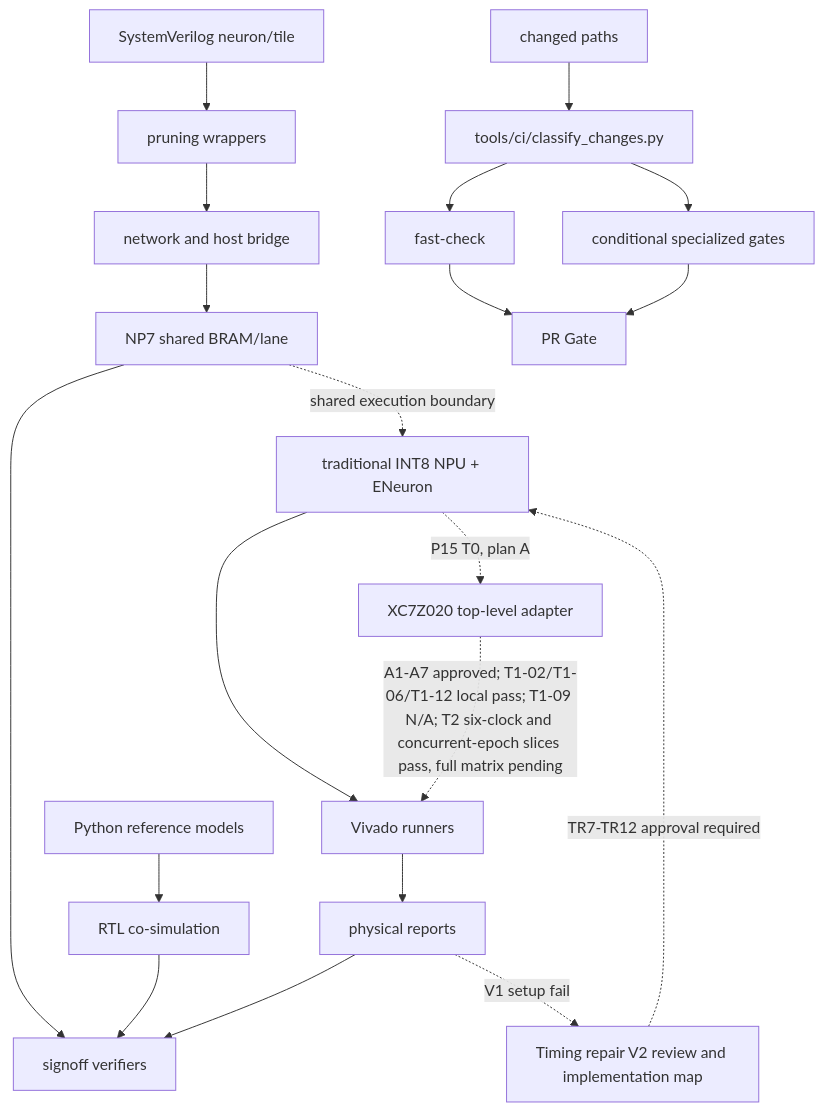
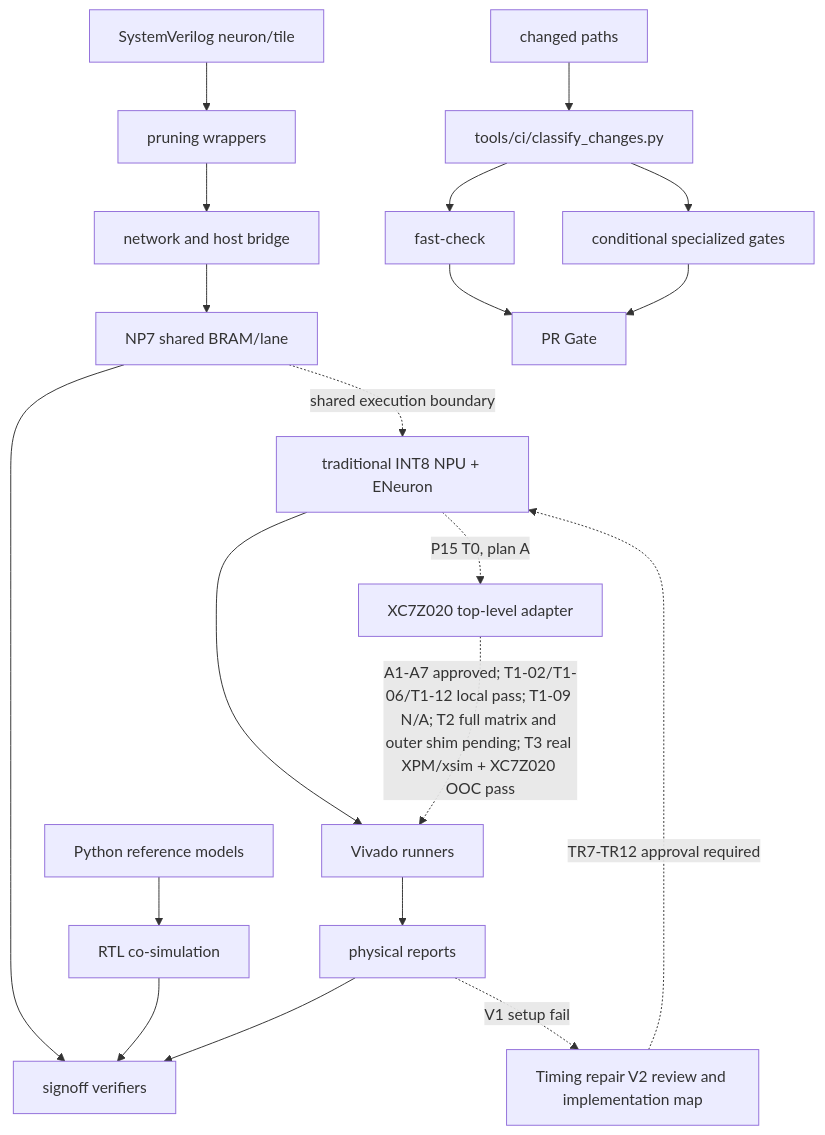
One commit to Epslion404/ENeuron changed the diagram in .nexus-map/arch/dependencies.md. Above: the diagram before and after it, drawn with Mermaid. The commit also changed other lines of this file and 9 other files, not shown here.

````diff
--- a/.nexus-map/arch/dependencies.md
+++ b/.nexus-map/arch/dependencies.md
@@ -7,22 +9,22 @@
 ```mermaid
 graph TD
   ref[Python reference models] --> cosim[RTL co-simulation]
   rtl[SystemVerilog neuron/tile] --> wrap[pruning wrappers]
   wrap --> net[network and host bridge]
   net --> np7[NP7 shared BRAM/lane]
   np7 --> verify[signoff verifiers]
   cosim --> verify[signoff verifiers]
   vivado[Vivado runners] --> reports[physical reports]
   reports --> verify
   reports -. V1 setup fail .-> timing[Timing repair V2 review and implementation map]
   timing -. TR7-TR12 approval required .-> npu
   np7 -. shared execution boundary .-> npu[traditional INT8 NPU + ENeuron]
   npu --> vivado
   npu -. P15 T0, plan A .-> p15[XC7Z020 top-level adapter]
-  p15 -. A1-A7 approved; T1-02/T1-06/T1-12 local pass; T1-09 N/A; T2 six-clock and concurrent-epoch slices pass, full matrix pending .-> vivado
+  p15 -. A1-A7 approved; T1-02/T1-06/T1-12 local pass; T1-09 N/A; T2 full matrix and outer shim pending; T3 real XPM/xsim + XC7Z020 OOC pass .-> vivado
   changes[changed paths] --> classify[tools/ci/classify_changes.py]
   classify --> fast[fast-check]
   classify --> specialized[conditional specialized gates]
   fast --> gate[PR Gate]
   specialized --> gate
 ```
````
